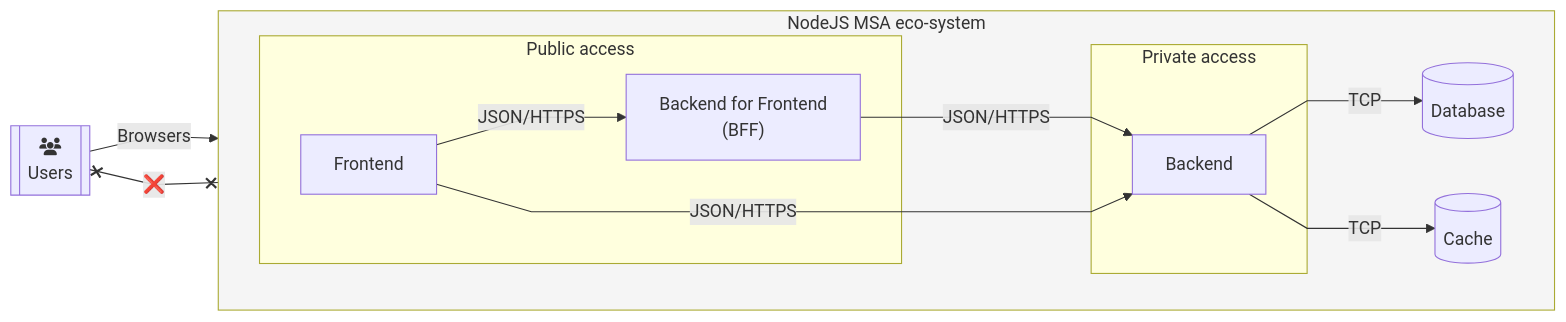
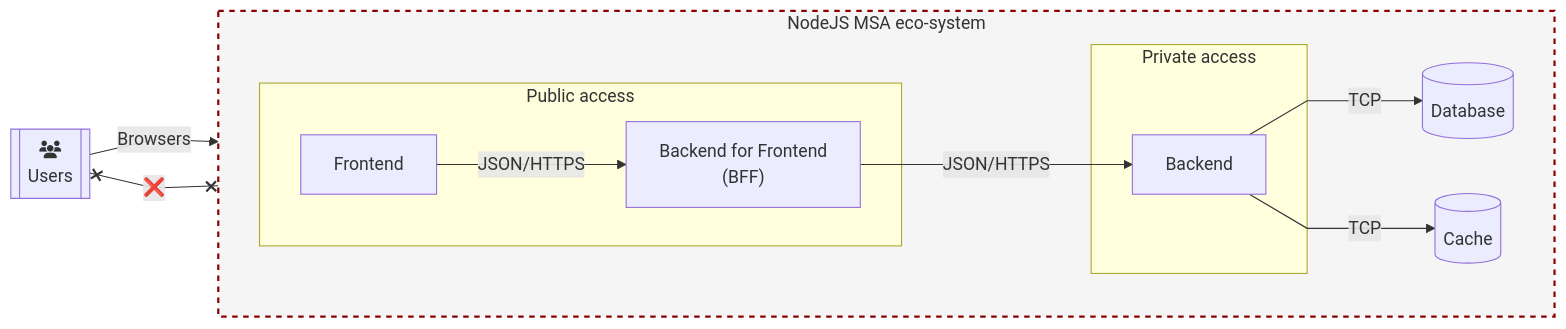
The diagram in docker/README.md (nashtech-garage/nodejs-msa), drawn with Mermaid before and after one commit.

Commit message:
Update docker README

````diff
--- a/docker/README.md
+++ b/docker/README.md
@@ -3,32 +3,31 @@
 ```mermaid
 %%{ init : { "flowchart" : { "curve" : "linear" }}}%%
 flowchart LR
   users[[fa:fa-users\nUsers]]
 
   subgraph nodeJsMas["NodeJS MSA eco-system"]
     direction LR
     subgraph publicAccess["Public access"]
       fe[Frontend]
       bff["Backend for Frontend\n(BFF)"]
     end
 
     subgraph privateAccess["Private access"]
       be[Backend]
     end
 
     db[(Database)]
     cache[(Cache)]
   end
 
   users -- Browsers --> fe
   users x-- "❌" --x be
 
   fe -- JSON/HTTPS --> bff
   bff -- JSON/HTTPS --> be
-  fe -- JSON/HTTPS --> be
 
   be -- TCP --> db
   be -- TCP --> cache
 
-  style nodeJsMas fill:whitesmoke
+  style nodeJsMas fill:whitesmoke,stroke:darkred,stroke-width:2px,stroke-dasharray: 5 5
 ```
````
